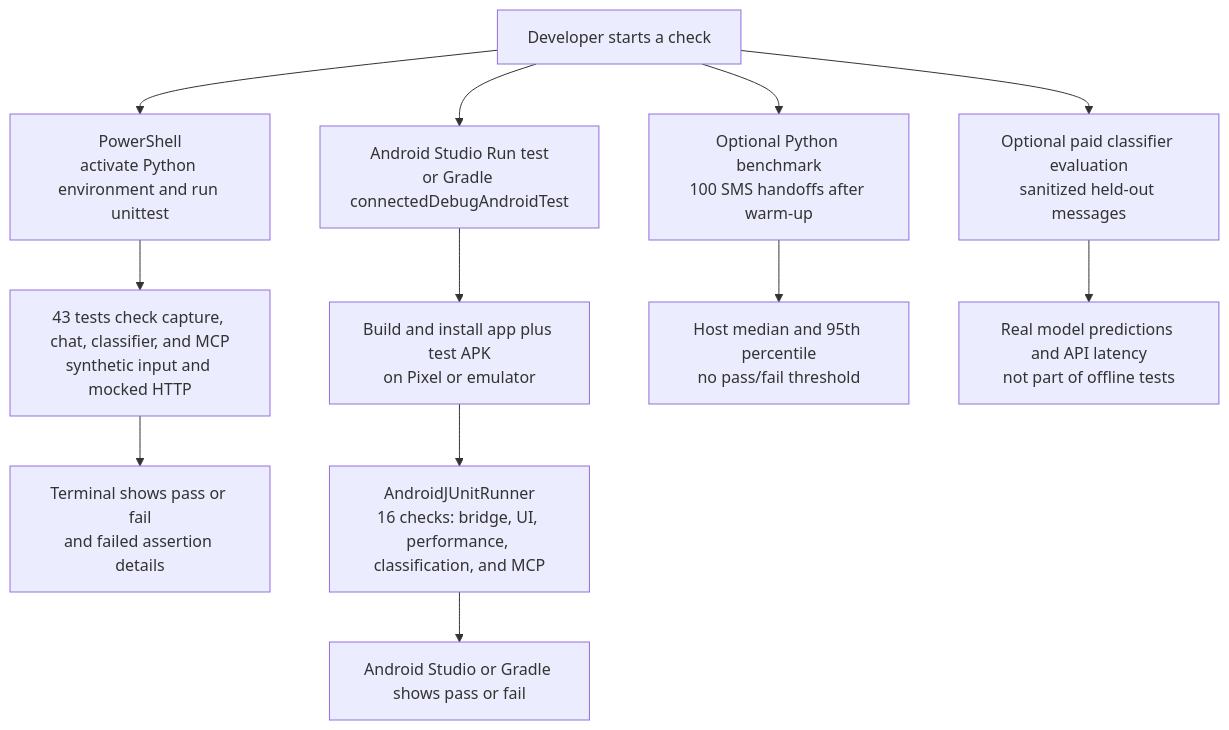
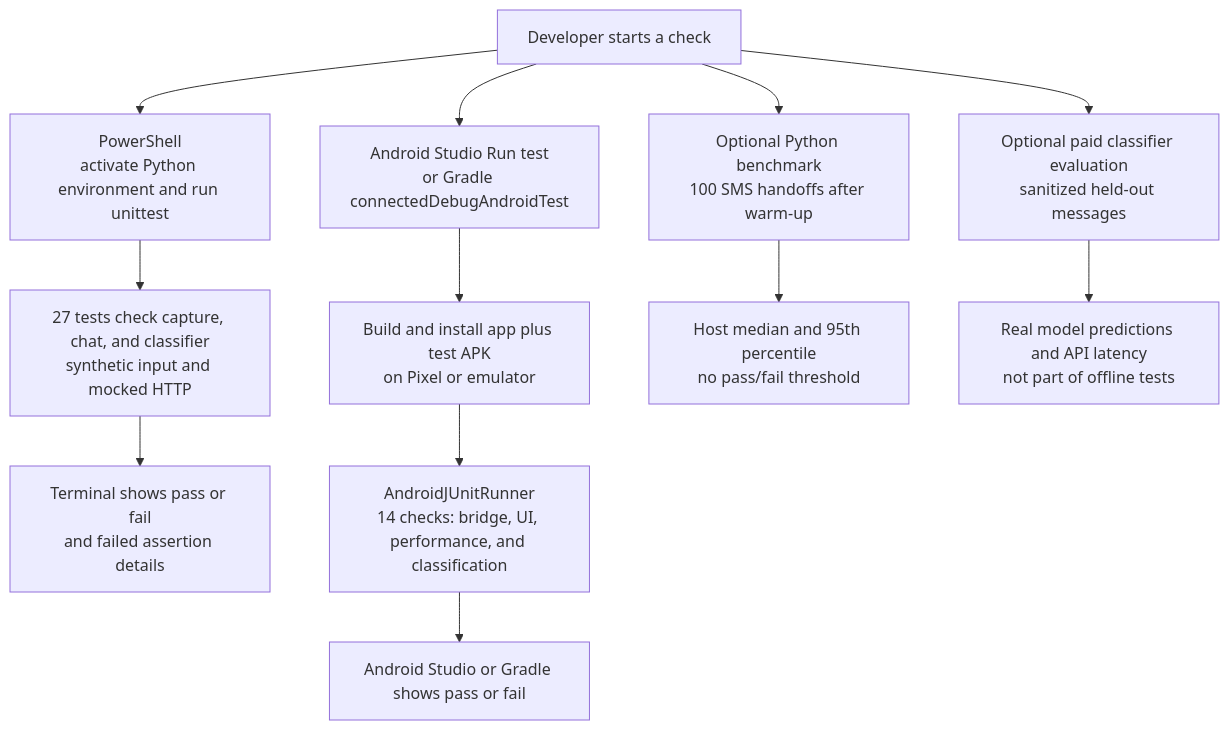
One commit to Abijith97/expense-tracker-with-mcp changed the second of 3 diagrams in README.md. Above: the diagram before and after it, drawn with Mermaid. The commit also changed other lines of this file and 16 other files, not shown here.

````diff
--- a/README.md
+++ b/README.md
@@ -98,17 +138,17 @@
 ```mermaid
 flowchart TB
     Developer[Developer starts a check]
     Developer --> Shell[PowerShell<br/>activate Python environment and run unittest]
-    Shell --> UnitTests[43 tests check capture, chat, classifier, and MCP<br/>synthetic input and mocked HTTP]
+    Shell --> UnitTests[27 tests check capture, chat, and classifier<br/>synthetic input and mocked HTTP]
     UnitTests --> Terminal[Terminal shows pass or fail<br/>and failed assertion details]
 
     Developer --> Studio[Android Studio Run test<br/>or Gradle connectedDebugAndroidTest]
     Studio --> Install[Build and install app plus test APK<br/>on Pixel or emulator]
-    Install --> Runner[AndroidJUnitRunner<br/>16 checks: bridge, UI, performance, classification, and MCP]
+    Install --> Runner[AndroidJUnitRunner<br/>14 checks: bridge, UI, performance, and classification]
     Runner --> Results[Android Studio or Gradle shows pass or fail]
 
     Developer --> Benchmark[Optional Python benchmark<br/>100 SMS handoffs after warm-up]
     Benchmark --> Timing[Host median and 95th percentile<br/>no pass/fail threshold]
     Developer --> LiveEval[Optional paid classifier evaluation<br/>sanitized held-out messages]
     LiveEval --> Accuracy[Real model predictions and API latency<br/>not part of offline tests]
 ```
````
